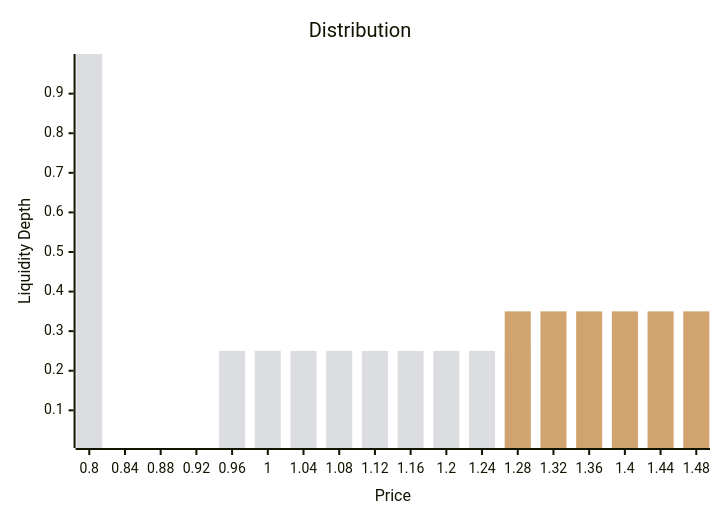
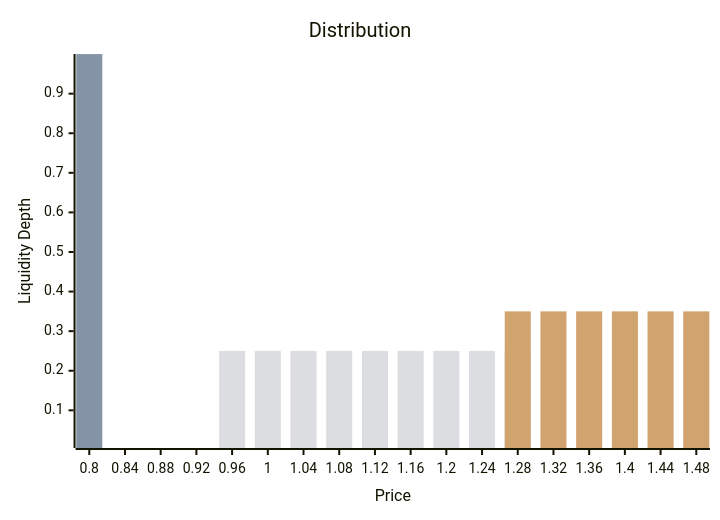
One commit to noma-protocol/noma-protocol.github.io changed the diagram in _posts/2024-06-18-permissionless-market-making.md. Above: the diagram before and after it, drawn with Mermaid. The commit also changed other lines of this file, not shown here.

Commit message:
mermaid: styling

````diff
--- a/_posts/2024-06-18-permissionless-market-making.md
+++ b/_posts/2024-06-18-permissionless-market-making.md
@@ -11,16 +20,16 @@
 ```mermaid
     xychart-beta
     title "Distribution"
     x-axis "Price" [0.8, 0.84, 0.88, 0.92, 0.96, 1, 1.04, 1.08, 1.12, 1.16, 1.2, 1.24, 1.28, 1.32, 1.36, 1.4, 1.44, 1.48]
     y-axis "Liquidity Depth" 0.025 --> 0.98
     bar [0]
+    bar [1]
     bar [0]
-    bar [0]
-    bar [1,0,0,0,0.25,0.25,0.25,0.25,0.25,0.25,0.25,0.25,0.25]
+    bar [0,0,0,0,0.25,0.25,0.25,0.25,0.25,0.25,0.25,0.25,0.25]
     bar [0]
     bar [0,0,0,0,0,0,0,0,0,0,0,0,0.35,0.35,0.35,0.35,0.35,0.35]
     bar [0]
     bar [0]
     bar [0]
     bar [0]
 ```  
````
